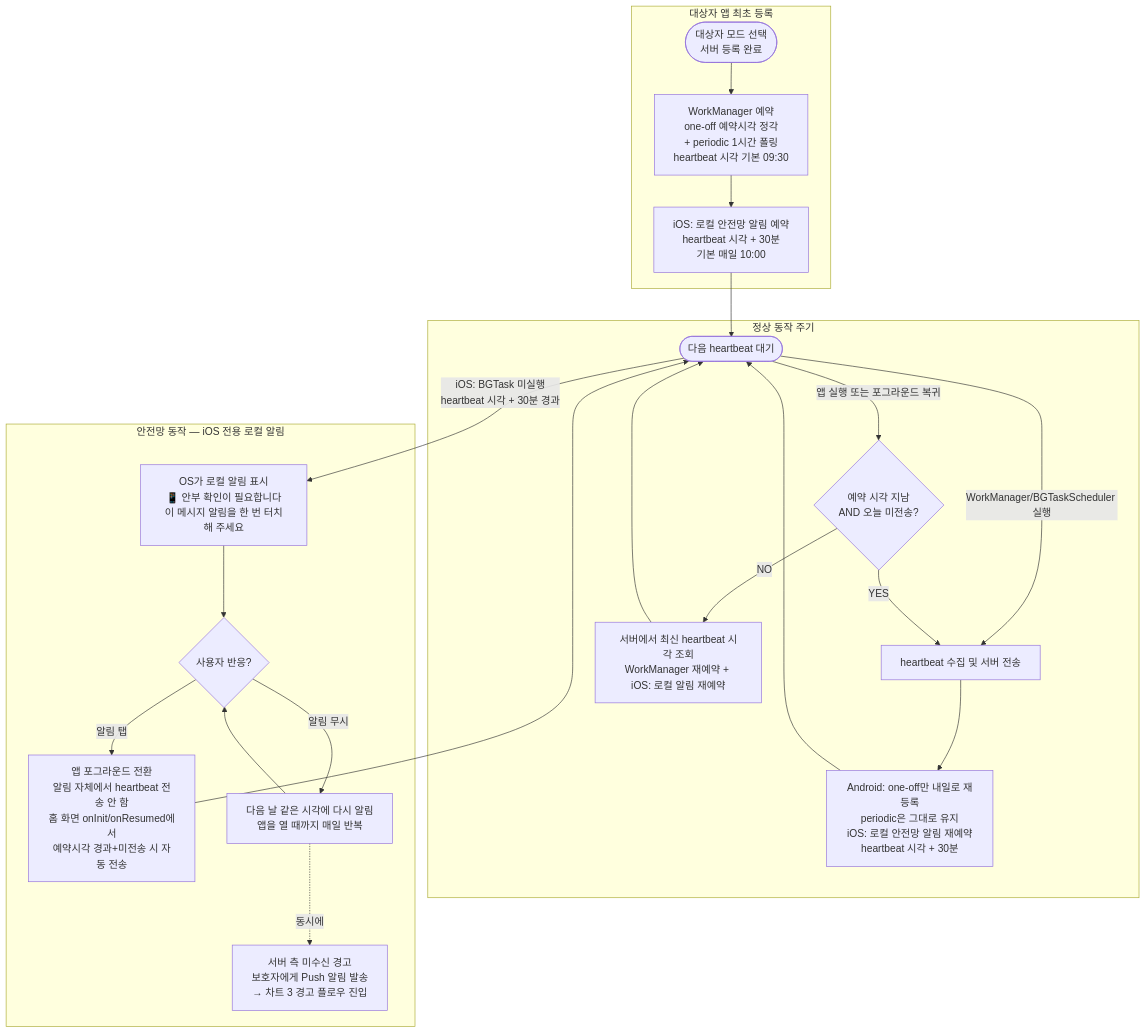
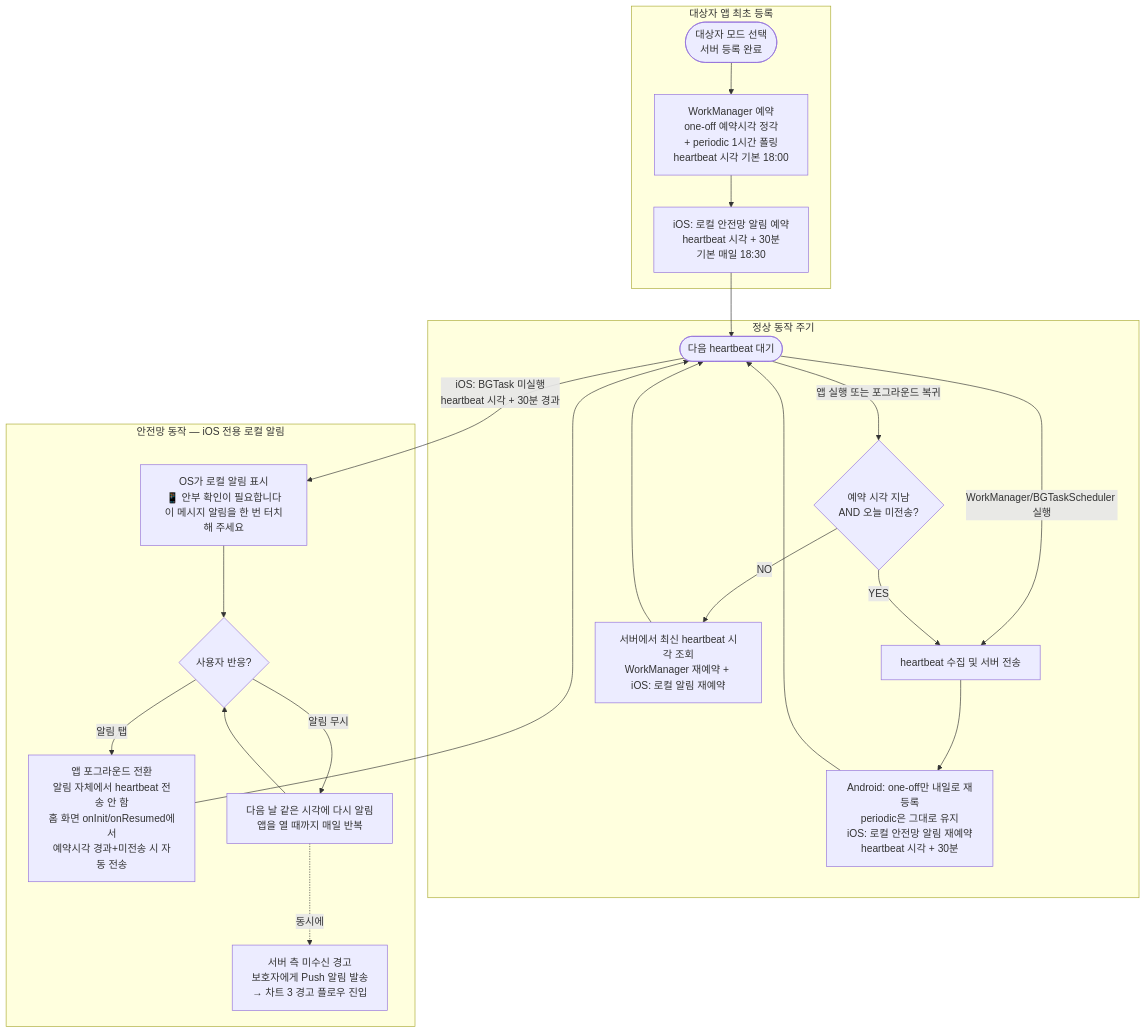
Before and after one commit to l10s18bok/kr.co.anbucheck: the eighth of 8 diagrams in .claude/rules/heartbeat_flowchart.md, drawn with Mermaid. The commit also changed other lines of this file and 2 other files, not shown here.

First line of the commit message:
문서: 기본 heartbeat 시각 18:00 전환 + 수동 steps_delta 정책 반영

````diff
--- a/.claude/rules/heartbeat_flowchart.md
+++ b/.claude/rules/heartbeat_flowchart.md
@@ -296,37 +296,37 @@
 ```mermaid
 flowchart TD
     subgraph 최초설치[대상자 앱 최초 등록]
         Install([대상자 모드 선택<br/>서버 등록 완료])
-        Install --> FirstWM[WorkManager 예약<br/>one-off 예약시각 정각<br/>+ periodic 1시간 폴링<br/>heartbeat 시각 기본 09:30]
-        FirstWM --> FirstAlarm[iOS: 로컬 안전망 알림 예약<br/>heartbeat 시각 + 30분<br/>기본 매일 10:00]
+        Install --> FirstWM[WorkManager 예약<br/>one-off 예약시각 정각<br/>+ periodic 1시간 폴링<br/>heartbeat 시각 기본 18:00]
+        FirstWM --> FirstAlarm[iOS: 로컬 안전망 알림 예약<br/>heartbeat 시각 + 30분<br/>기본 매일 18:30]
     end
 
     FirstAlarm --> Wait
 
     subgraph 정상주기[정상 동작 주기]
         Wait([다음 heartbeat 대기])
         Wait -->|WorkManager/BGTaskScheduler 실행| Collect[heartbeat 수집 및 서버 전송]
         Collect --> Reschedule[Android: one-off만 내일로 재등록<br/>periodic은 그대로 유지<br/>iOS: 로컬 안전망 알림 재예약<br/>heartbeat 시각 + 30분]
         Reschedule --> Wait
         Wait -->|앱 실행 또는 포그라운드 복귀| AutoSend{예약 시각 지남<br/>AND 오늘 미전송?}
         AutoSend -->|YES| Collect
         AutoSend -->|NO| ServerSync[서버에서 최신 heartbeat 시각 조회<br/>WorkManager 재예약 + iOS: 로컬 알림 재예약]
         ServerSync --> Wait
     end
 
     Wait -->|iOS: BGTask 미실행<br/>heartbeat 시각 + 30분 경과| Alarm
 
     subgraph 안전망[안전망 동작 — iOS 전용 로컬 알림]
         Alarm[OS가 로컬 알림 표시<br/>📱 안부 확인이 필요합니다<br/>이 메시지 알림을 한 번 터치해 주세요]
 
         Alarm --> UserAction{사용자 반응?}
 
         UserAction -->|알림 탭| AppOpen[앱 포그라운드 전환<br/>알림 자체에서 heartbeat 전송 안 함<br/>홈 화면 onInit/onResumed에서<br/>예약시각 경과+미전송 시 자동 전송]
         AppOpen --> Wait
 
         UserAction -->|알림 무시| Repeat[다음 날 같은 시각에 다시 알림<br/>앱을 열 때까지 매일 반복]
         Repeat --> UserAction
 
         Repeat -.->|동시에| ServerAlert[서버 측 미수신 경고<br/>보호자에게 Push 알림 발송<br/>→ 차트 3 경고 플로우 진입]
     end
 ```
````
